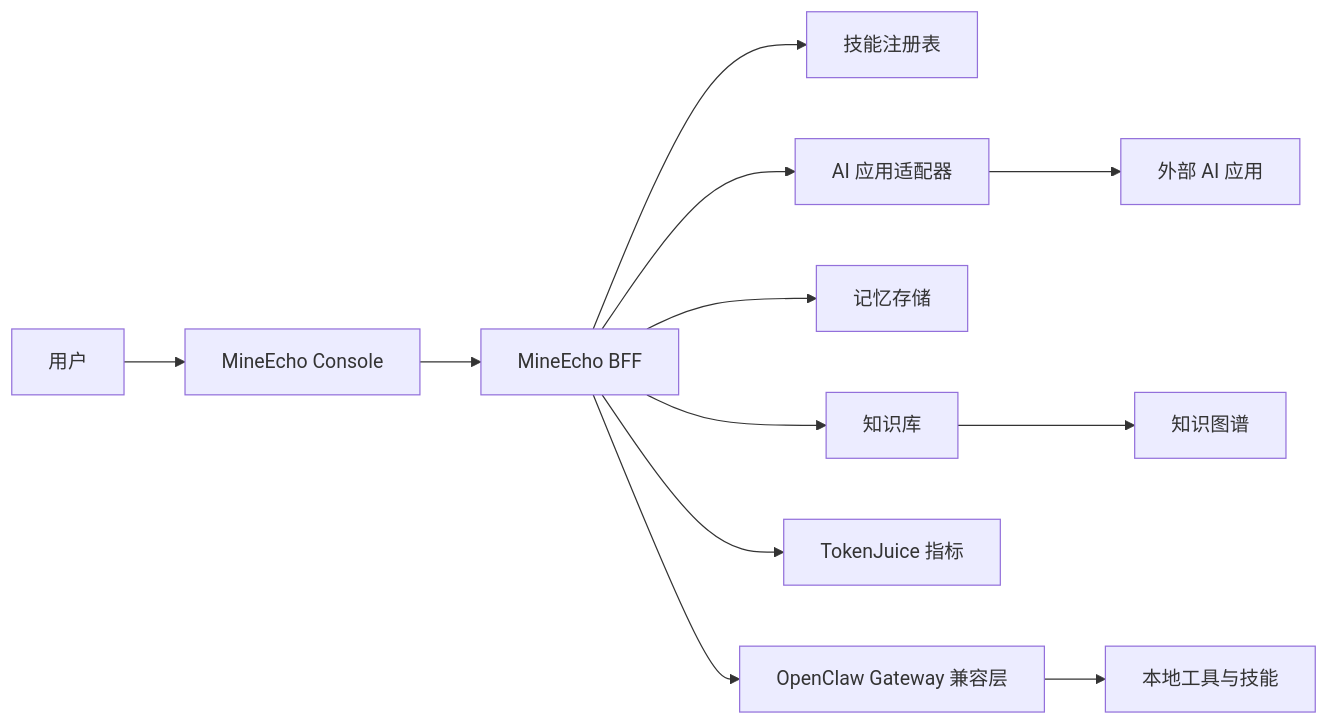
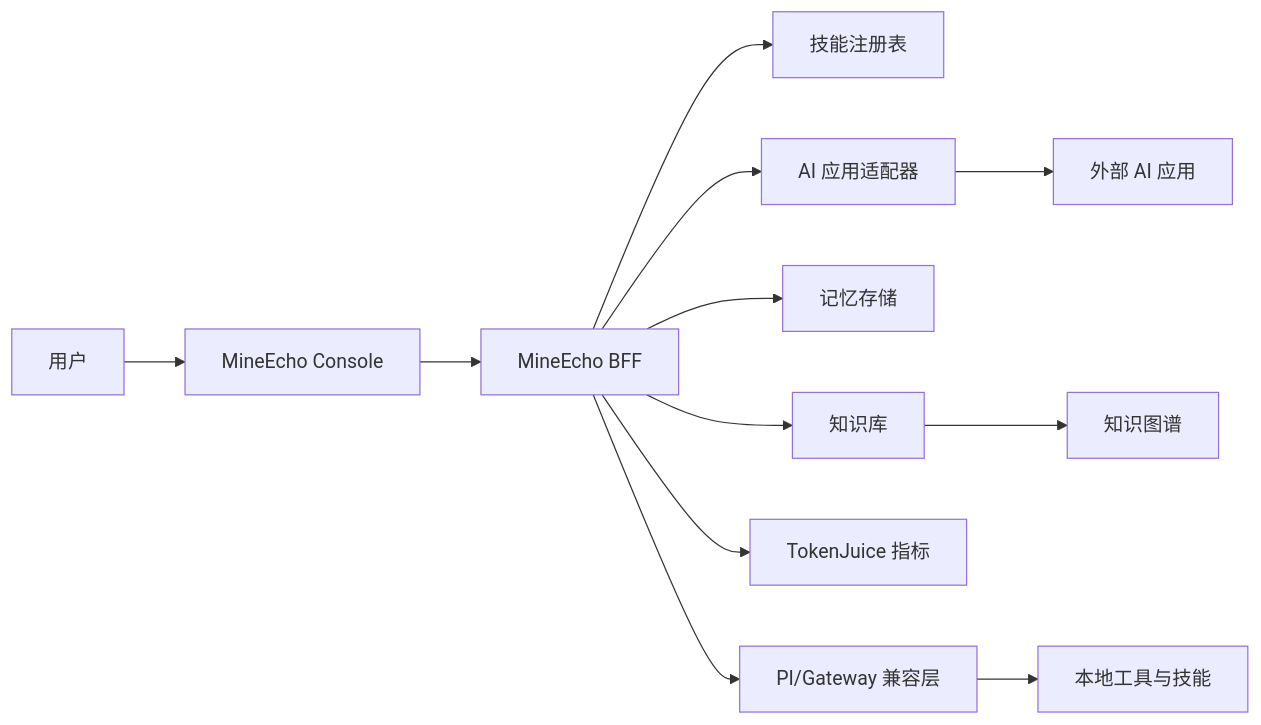
One commit to Health-Yang/MineEcho changed the diagram in docs/architecture.zh-CN.md. Above: the diagram before and after it, drawn with Mermaid. The commit also changed other lines of this file and 6 other files, not shown here.

````diff
--- a/docs/architecture.zh-CN.md
+++ b/docs/architecture.zh-CN.md
@@ -7,14 +7,14 @@
 ```mermaid
 flowchart LR
   User[用户] --> Console[MineEcho Console]
   Console --> BFF[MineEcho BFF]
   BFF --> Skills[技能注册表]
   BFF --> Apps[AI 应用适配器]
   BFF --> Memory[记忆存储]
   BFF --> KB[知识库]
   BFF --> Metrics[TokenJuice 指标]
-  BFF --> Gateway[OpenClaw Gateway 兼容层]
+  BFF --> Gateway[PI/Gateway 兼容层]
   Gateway --> Tools[本地工具与技能]
   Apps --> Providers[外部 AI 应用]
   KB --> Graph[知识图谱]
 ```
````
